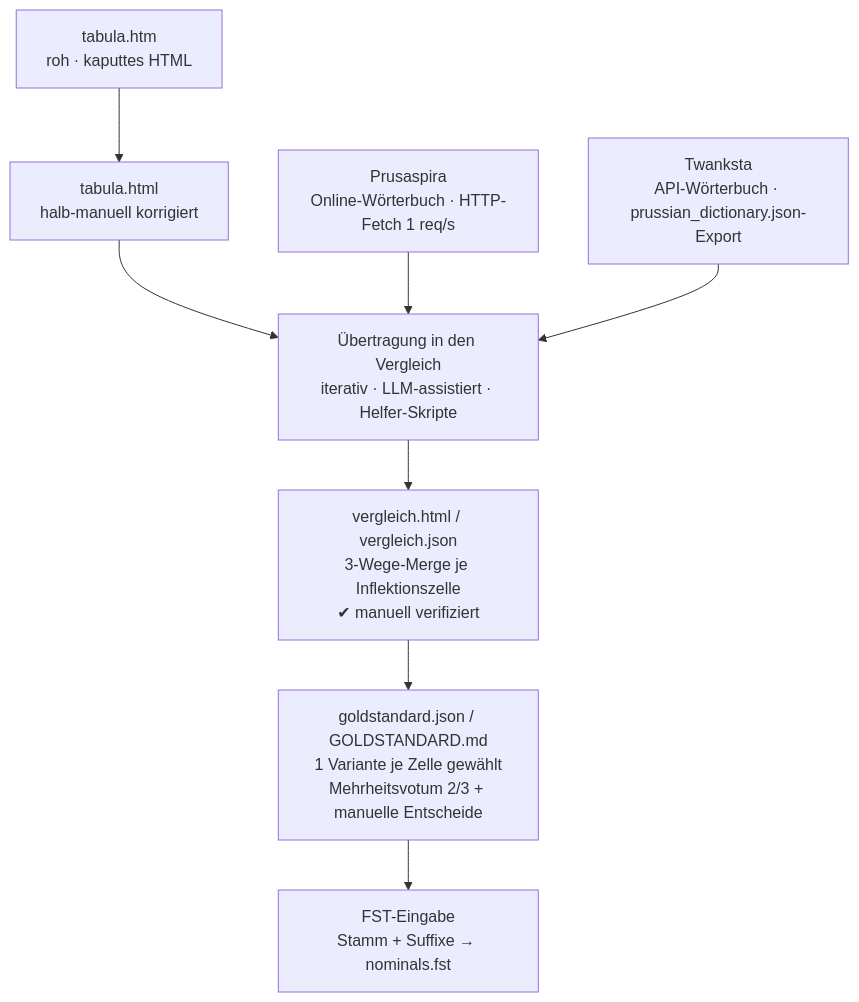
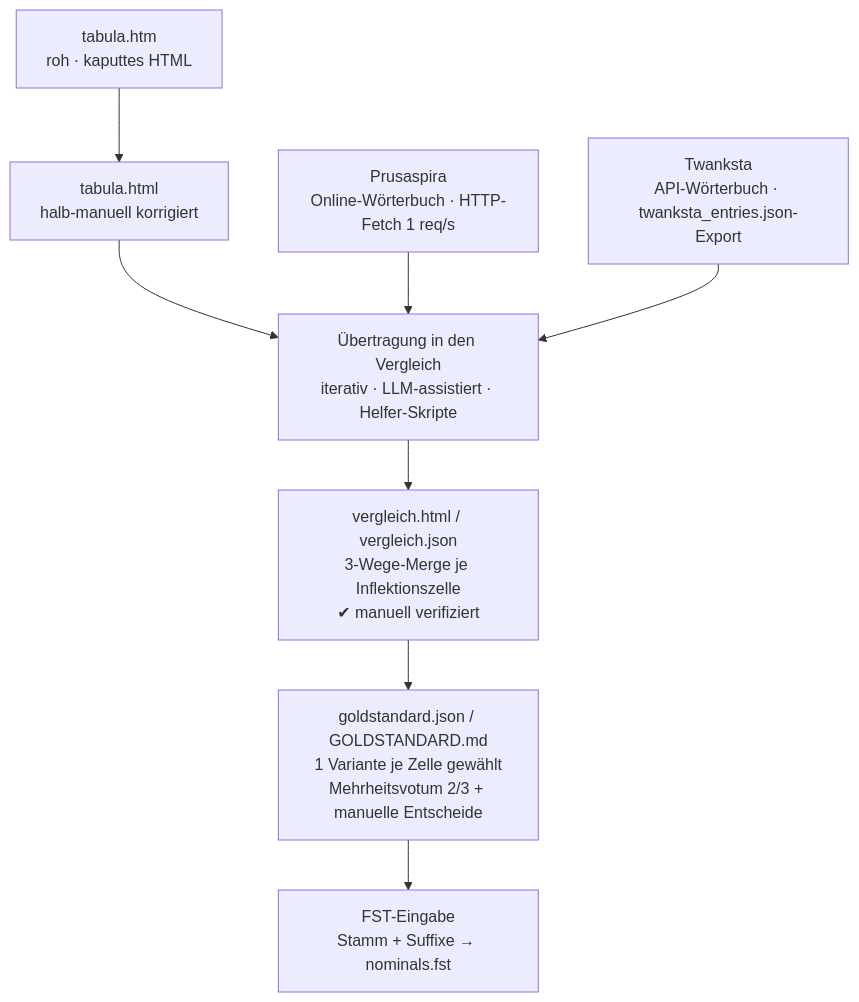
One commit to strfry/prussian-fst changed the diagram in docs/PROVENANCE.md. Above: the diagram before and after it, drawn with Mermaid. The commit also changed other lines of this file and 21 other files, not shown here.

````diff
--- a/docs/PROVENANCE.md
+++ b/docs/PROVENANCE.md
@@ -7,11 +7,11 @@
 ```mermaid
 flowchart TD
   TR[tabula.htm<br/>roh · kaputtes HTML] --> T[tabula.html<br/>halb-manuell korrigiert]
   T --> X
   P[Prusaspira<br/>Online-Wörterbuch · HTTP-Fetch 1 req/s] --> X
-  W[Twanksta<br/>API-Wörterbuch · prussian_dictionary.json-Export] --> X
+  W[Twanksta<br/>API-Wörterbuch · twanksta_entries.json-Export] --> X
   X[Übertragung in den Vergleich<br/>iterativ · LLM-assistiert · Helfer-Skripte] --> V
   V[vergleich.html / vergleich.json<br/>3-Wege-Merge je Inflektionszelle<br/>✔ manuell verifiziert] --> G
   G[goldstandard.json / GOLDSTANDARD.md<br/>1 Variante je Zelle gewählt<br/>Mehrheitsvotum 2/3 + manuelle Entscheide] --> F
   F[FST-Eingabe<br/>Stamm + Suffixe → nominals.fst]
 ```
````
